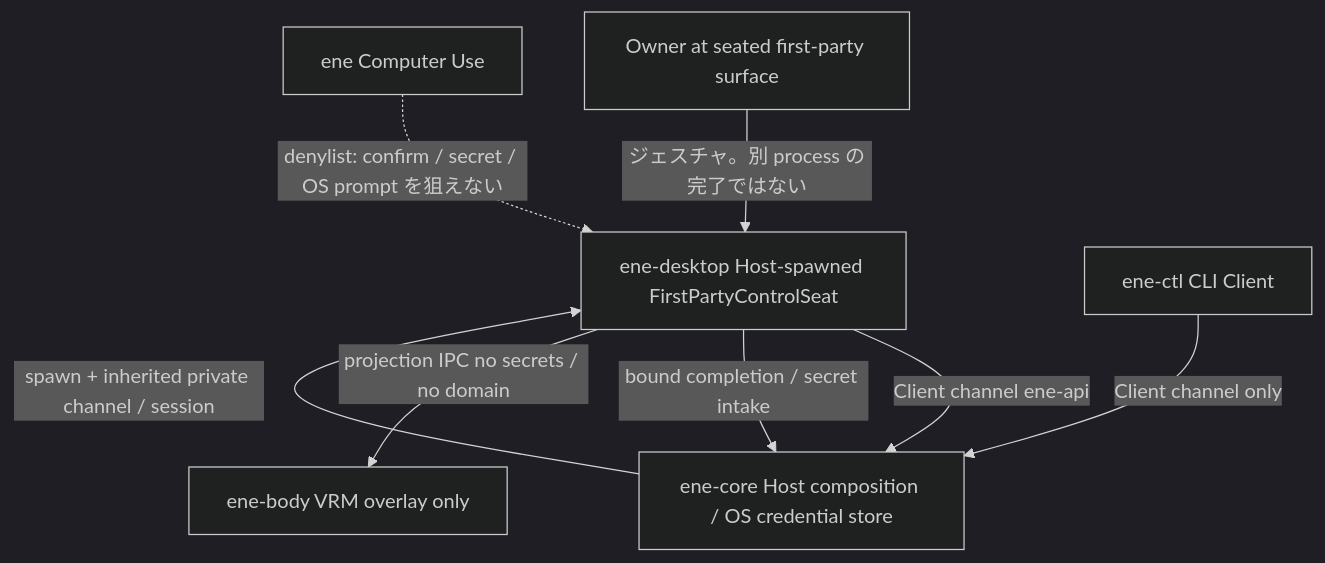
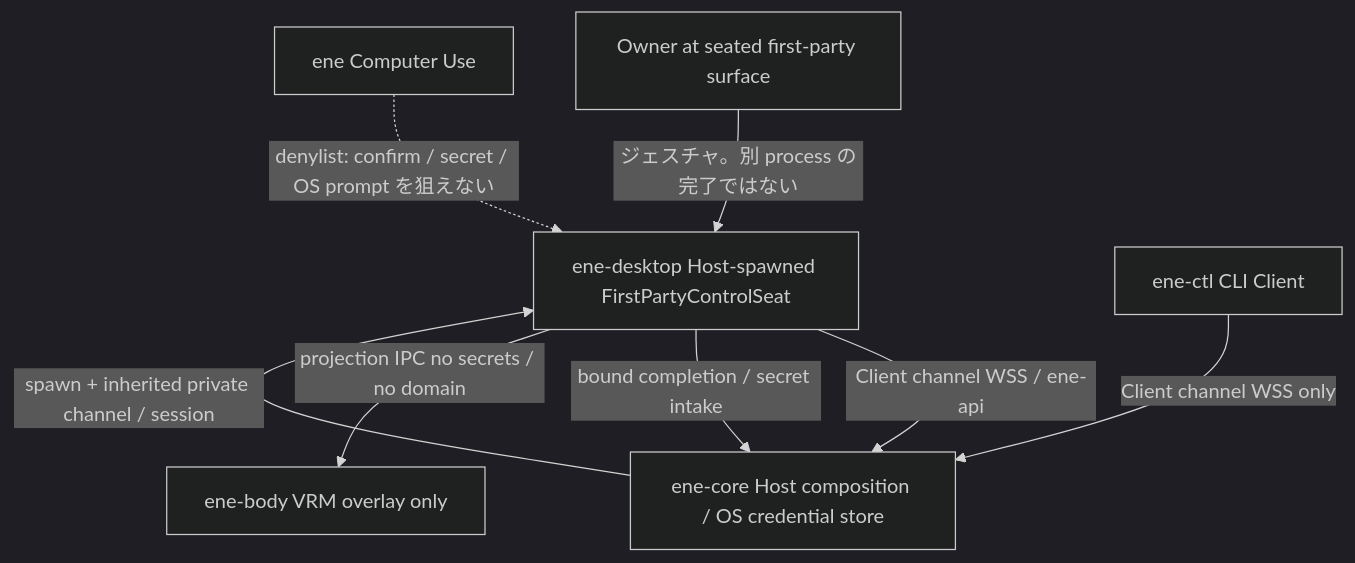
Before and after one commit to pexisgle/ene: the first of 2 diagrams in docs/design/concrete/first-party-desktop.md, drawn with Mermaid (dark theme). The commit also changed other lines of this file and 7 other files, not shown here.

Commit message:
docs(ipc): unify Host-Client transport on WSS (#1685)

````diff
--- a/docs/design/concrete/first-party-desktop.md
+++ b/docs/design/concrete/first-party-desktop.md
@@ -36,17 +36,17 @@
 ```mermaid
 flowchart TB
   owner[Owner at seated first-party surface]
   desktop["ene-desktop Host-spawned FirstPartyControlSeat"]
   body["ene-body VRM overlay only"]
   host["ene-core Host composition / OS credential store"]
   ctl["ene-ctl CLI Client"]
   cu[ene Computer Use]
 
   owner -->|"ジェスチャ。別 process の完了ではない"| desktop
-  desktop -->|"Client channel ene-api"| host
+  desktop -->|"Client channel WSS / ene-api"| host
   desktop -->|"bound completion / secret intake"| host
   host -->|"spawn + inherited private channel / session"| desktop
   cu -.->|"denylist: confirm / secret / OS prompt を狙えない"| desktop
   desktop -->|"projection IPC no secrets / no domain"| body
-  ctl -->|"Client channel only"| host
+  ctl -->|"Client channel WSS only"| host
 ```
````
